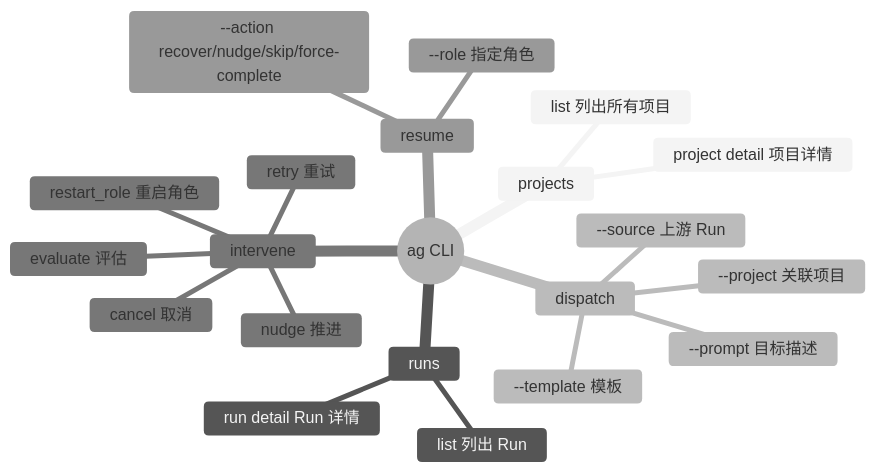
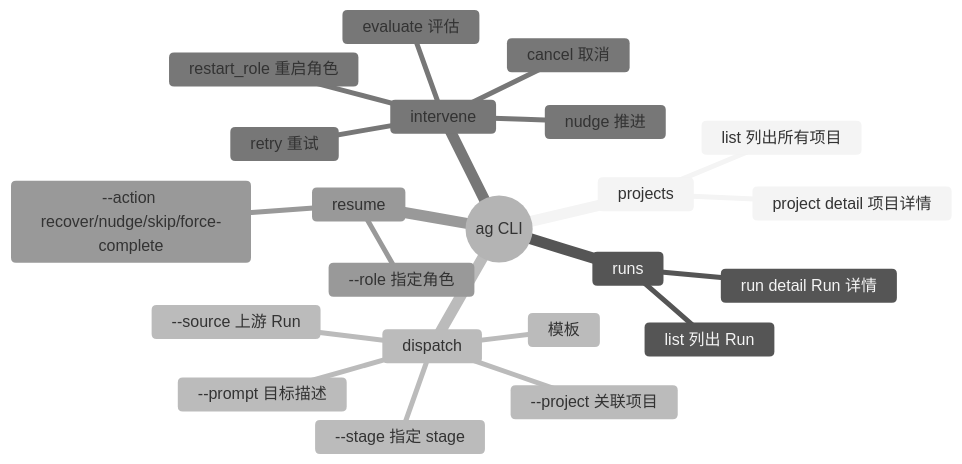
Diagram 18 of 20 in ARCHITECTURE.md (pikapikaspeedup/OPC_CEO), drawn with Mermaid (neutral theme) before and after one commit. The commit also changed other lines of this file and 102 other files, not shown here.

````diff
--- a/ARCHITECTURE.md
+++ b/ARCHITECTURE.md
@@ -1033,24 +1034,25 @@
 ```mermaid
 mindmap
   root((ag CLI))
     projects
       list 列出所有项目
       project detail 项目详情
     runs
       list 列出 Run
       run detail Run 详情
     dispatch
+      <templateId> 模板
+      --stage 指定 stage
       --project 关联项目
       --source 上游 Run
-      --template 模板
       --prompt 目标描述
     intervene
       retry 重试
       nudge 推进
       restart_role 重启角色
       cancel 取消
       evaluate 评估
     resume
       --action recover/nudge/skip/force-complete
       --role 指定角色
 ```
````
